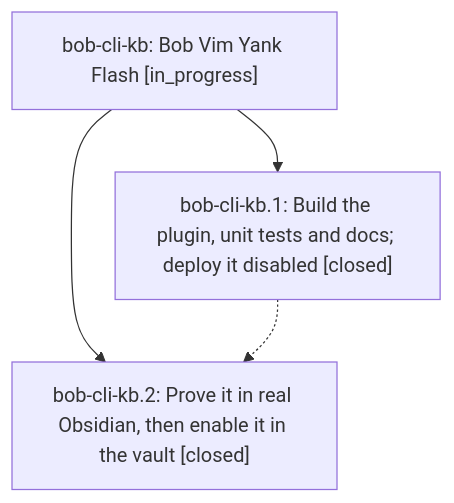
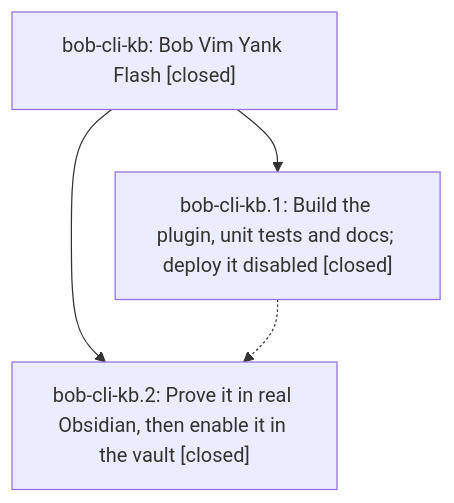
Before and after one commit to bobs-org/bob-cli--beads: the diagram in pages/bob-cli-kb/README.md, drawn with Mermaid. The commit also changed other lines of this file and 1 other file, not shown here.

First line of the commit message:
chore(beads): sync bead state and pages for bob-cli-kb

````diff
--- a/pages/bob-cli-kb/README.md
+++ b/pages/bob-cli-kb/README.md
@@ -37,9 +71,9 @@
 ```mermaid
 flowchart TD
-    n0["bob-cli-kb: Bob Vim Yank Flash [in_progress]"]
+    n0["bob-cli-kb: Bob Vim Yank Flash [closed]"]
     n1["bob-cli-kb.1: Build the plugin, unit tests and docs; deploy it disabled [closed]"]
     n2["bob-cli-kb.2: Prove it in real Obsidian, then enable it in the vault [closed]"]
     n0 --> n1
     n0 --> n2
     n1 -.-> n2
 ```
````
